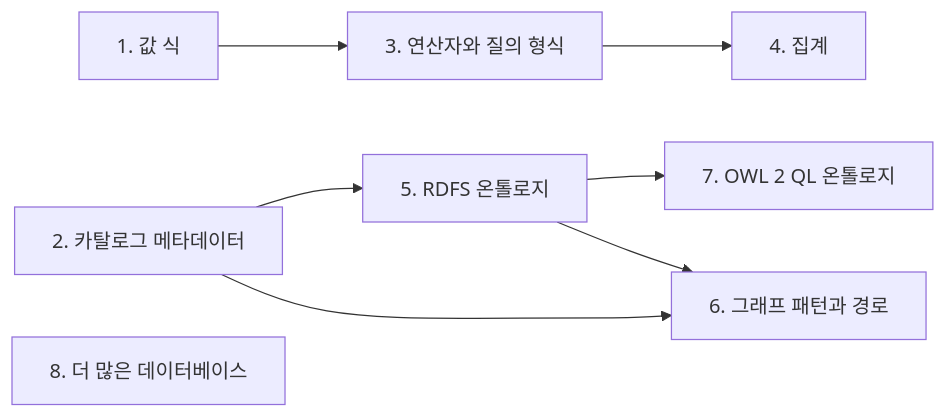
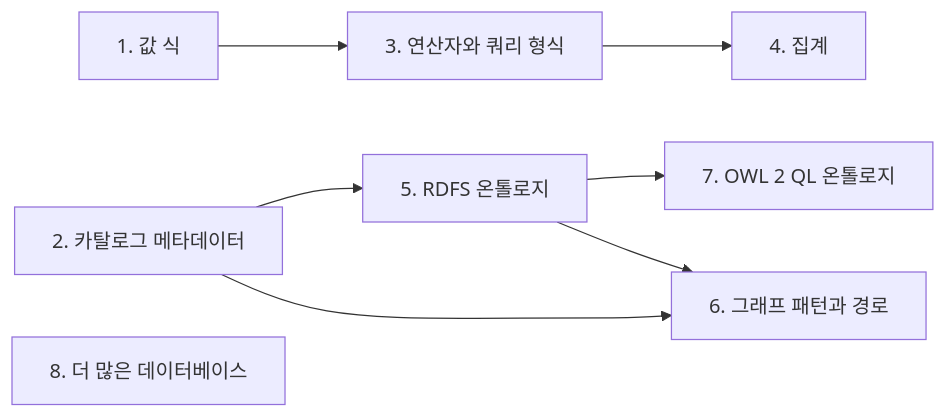
Before and after one commit to CharmingGroot/sparql-v12n: the diagram in README.ko.md, drawn with Mermaid. The commit also changed other lines of this file and 2 other files, not shown here.

````diff
--- a/README.ko.md
+++ b/README.ko.md
@@ -152,8 +153,8 @@
 ```mermaid
 flowchart LR
-  R1["1. 값 식"] --> R2["3. 연산자와 질의 형식"] --> R3["4. 집계"]
+  R1["1. 값 식"] --> R2["3. 연산자와 쿼리 형식"] --> R3["4. 집계"]
   M["2. 카탈로그 메타데이터"] --> O1["5. RDFS 온톨로지"] --> O2["7. OWL 2 QL 온톨로지"]
   M --> R4["6. 그래프 패턴과 경로"]
   O1 --> R4
   D["8. 더 많은 데이터베이스"]
 ```
````
